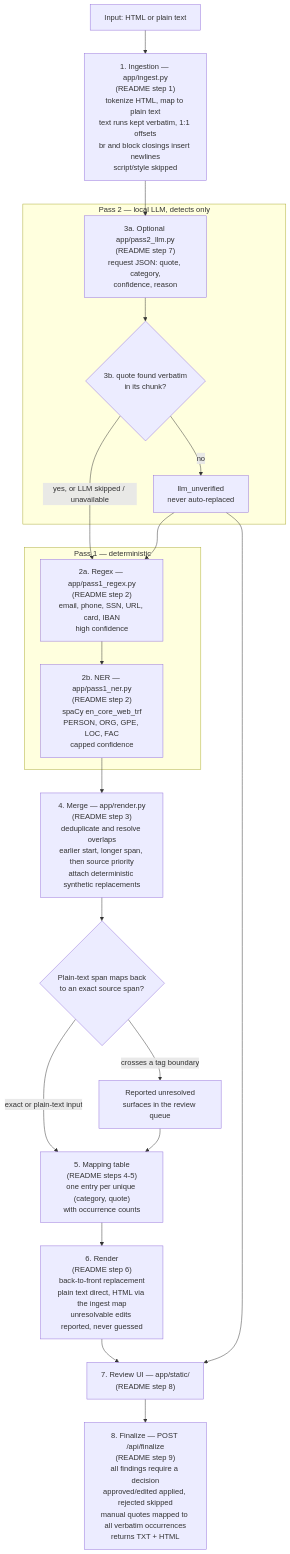
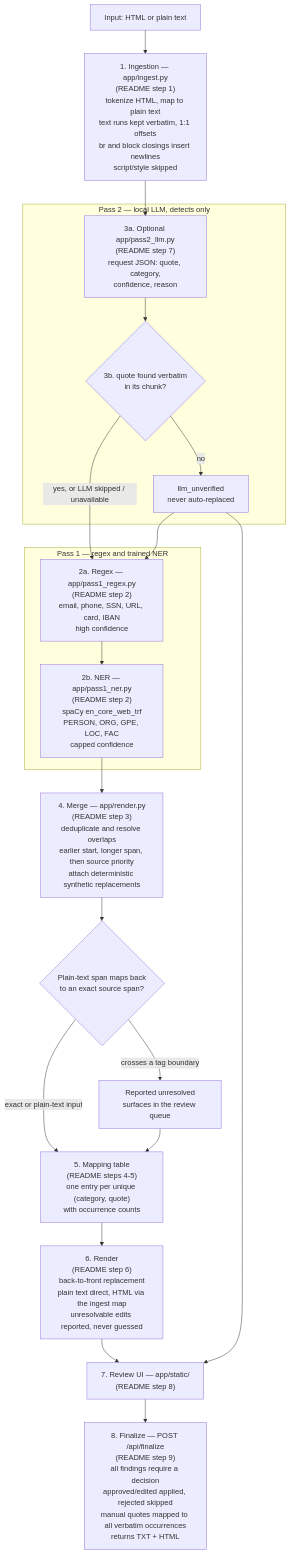
Before and after one commit to Knite84/DataObfuscator: the first of 2 diagrams in README.md, drawn with Mermaid. The commit also changed other lines of this file and 2 other files, not shown here.

````diff
--- a/README.md
+++ b/README.md
@@ -82,33 +99,33 @@
 ```mermaid
 flowchart TD
     IN["Input: HTML or plain text"] --> ING["1. Ingestion — app/ingest.py<br/>(README step 1)<br/>tokenize HTML, map to plain text<br/>text runs kept verbatim, 1:1 offsets<br/>br and block closings insert newlines<br/>script/style skipped"]
     ING --> P2
     MERGE --> RES{"Plain-text span maps back<br/>to an exact source span?"}
     RES -->|"crosses a tag boundary"| UNRES["Reported unresolved<br/>surfaces in the review queue"]
     RES -->|"exact or plain-text input"| MT
     UNRES --> MT
 
-    subgraph PASS1["Pass 1 — deterministic"]
+    subgraph PASS1["Pass 1 — regex and trained NER"]
         P1["2a. Regex — app/pass1_regex.py<br/>(README step 2)<br/>email, phone, SSN, URL, card, IBAN<br/>high confidence"]
         P1B["2b. NER — app/pass1_ner.py<br/>(README step 2)<br/>spaCy en_core_web_trf<br/>PERSON, ORG, GPE, LOC, FAC<br/>capped confidence"]
     end
 
     subgraph PASS2["Pass 2 — local LLM, detects only"]
         P2["3a. Optional app/pass2_llm.py<br/>(README step 7)<br/>request JSON: quote, category,<br/>confidence, reason"]
         P2V{"3b. quote found verbatim<br/>in its chunk?"}
         P2U["llm_unverified<br/>never auto-replaced"]
         P2 --> P2V
         P2V -->|"no"| P2U
         P2V -->|"yes, or LLM skipped / unavailable"| P1
         P2U --> P1
     end
 
     P1 --> P1B
     P1B --> MERGE
     MERGE["4. Merge — app/render.py<br/>(README step 3)<br/>deduplicate and resolve overlaps<br/>earlier start, longer span, then source priority<br/>attach deterministic synthetic replacements"]
     MT["5. Mapping table<br/>(README steps 4-5)<br/>one entry per unique (category, quote)<br/>with occurrence counts"]
     MT --> RENDER["6. Render<br/>(README step 6)<br/>back-to-front replacement<br/>plain text direct, HTML via the ingest map<br/>unresolvable edits reported, never guessed"]
     RENDER --> UI["7. Review UI — app/static/<br/>(README step 8)"]
     P2U --> UI
     UI --> FIN["8. Finalize — POST /api/finalize<br/>(README step 9)<br/>all findings require a decision<br/>approved/edited applied, rejected skipped<br/>manual quotes mapped to all verbatim occurrences<br/>returns TXT + HTML"]
 ```
````
